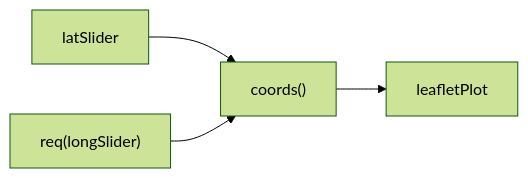
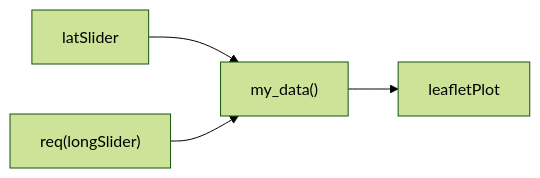
The fifth of 6 diagrams in reactives/reactive_programming.qmd (laderast/shinyowl), drawn with Mermaid (forest theme) before and after one commit. The commit also changed other lines of this file and 21 other files, not shown here.

````diff
--- a/reactives/reactive_programming.qmd
+++ b/reactives/reactive_programming.qmd
@@ -79,7 +176,7 @@
 ```{mermaid}
 flowchart LR
-    D["coords()"] --> E
+    D["my_data()"] --> E
     B["latSlider"] --> D
     C["req(longSlider)"] --> D
     E[leafletPlot]
 ```
````
